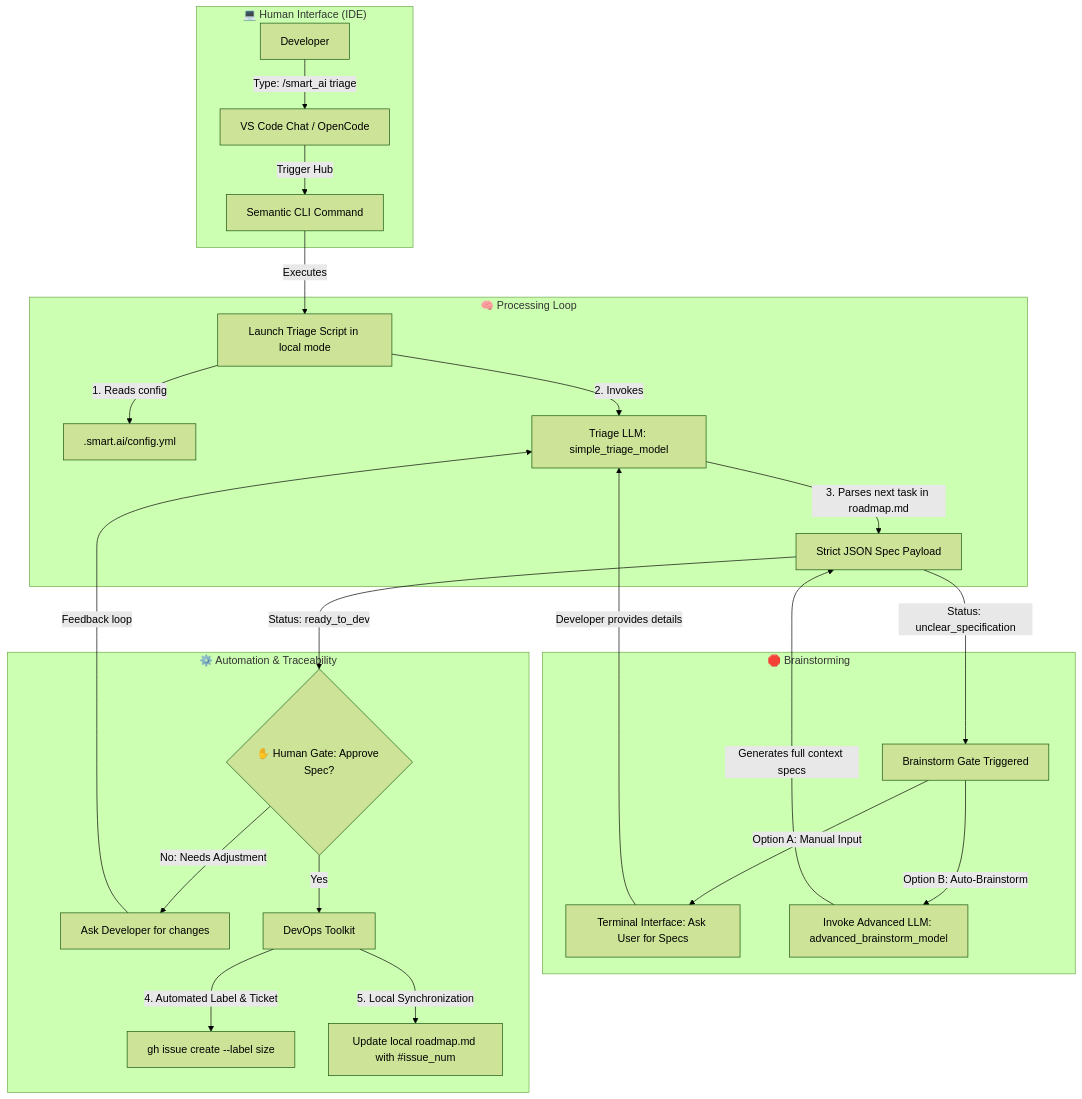
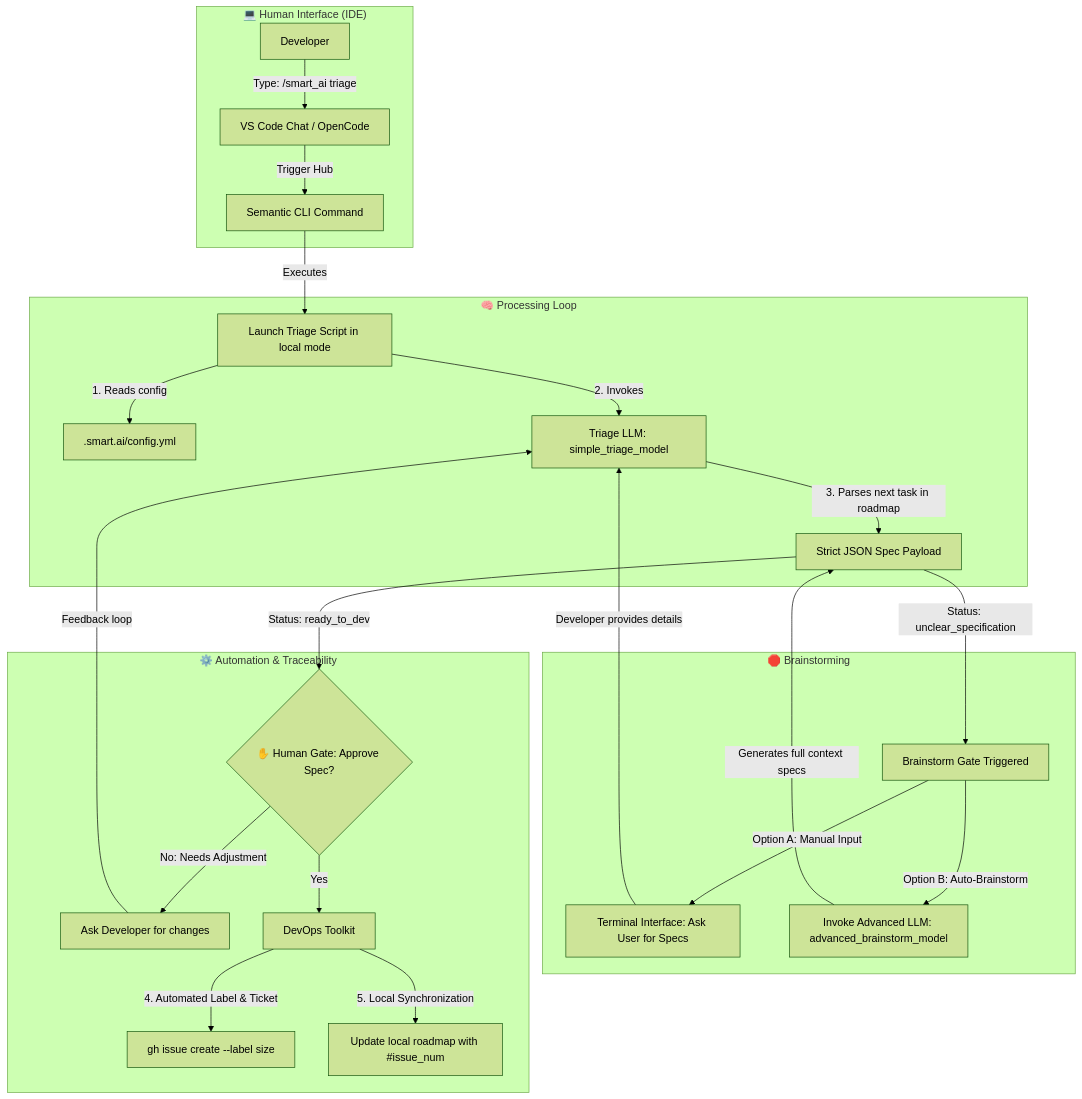
Before and after one commit to fletort/smart-ai-factory: the diagram in docs/pipelines/triage_local.md, drawn with Mermaid (forest theme). The commit also changed other lines of this file and 6 other files, not shown here.

````diff
--- a/docs/pipelines/triage_local.md
+++ b/docs/pipelines/triage_local.md
@@ -16,34 +16,34 @@
 ```mermaid
 graph TD
     subgraph "💻 Human Interface (IDE)"
         User[Developer] -->|Type: /smart_ai triage| Chat[VS Code Chat / OpenCode]
         Chat -->|Trigger Hub| CLI[Semantic CLI Command]
     end
 
     subgraph "🧠 Processing Loop"
         CLI -->|Executes| Script[Launch Triage Script in local mode]
         Script -->|1. Reads config| Config[.smart.ai/config.yml]
         Script -->|2. Invokes| LLM[Triage LLM: simple_triage_model]
-        LLM -->|3. Parses next task in roadmap.md| JSON[Strict JSON Spec Payload]
+        LLM -->|3. Parses next task in roadmap| JSON[Strict JSON Spec Payload]
     end
 
     subgraph "🛑 Brainstorming"
         JSON -->|"Status: unclear_specification"| BS[Brainstorm Gate Triggered]
         BS -->|Option A: Manual Input| Prompt[Terminal Interface: Ask User for Specs]
         Prompt -->|Developer provides details| LLM
 
         BS -->|Option B: Auto-Brainstorm| Claude[Invoke Advanced LLM: advanced_brainstorm_model]
         Claude -->|Generates full context specs| JSON
     end
 
     subgraph "⚙️ Automation & Traceability"
         JSON -->|"Status: ready_to_dev"| HITL{✋ Human Gate: Approve Spec?}
 
         HITL -->|No: Needs Adjustment| Adjust[Ask Developer for changes]
         Adjust -->|Feedback loop| LLM
 
         HITL -->|Yes| DevOp[DevOps Toolkit]
         DevOp -->|4. Automated Label & Ticket| GH[gh issue create --label size]
-        DevOp -->|5. Local Synchronization| RM[Update local roadmap.md with #issue_num]
+        DevOp -->|5. Local Synchronization| RM[Update local roadmap with #issue_num]
     end
 ```
````
